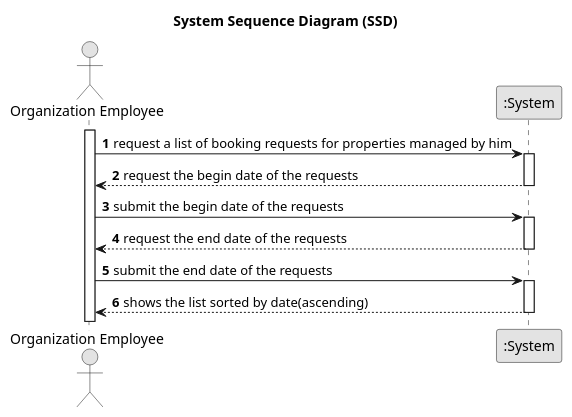
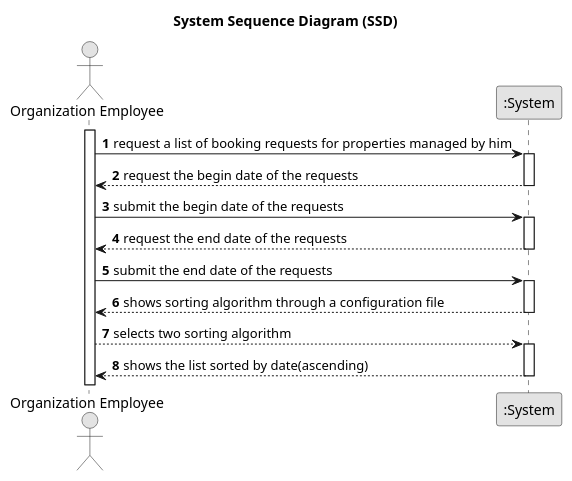
Before and after one commit to Rodrick0209/ISEP-LAPR2-22-23: the diagram in docs/Sprint-D/US015/01.requirements-engineering/puml/us015-system-sequence-diagram.puml, drawn with PlantUML. The commit also changed 2 other files, not shown here.

```diff
--- a/docs/Sprint-D/US015/01.requirements-engineering/puml/us015-system-sequence-diagram.puml
+++ b/docs/Sprint-D/US015/01.requirements-engineering/puml/us015-system-sequence-diagram.puml
@@ -1,34 +1,40 @@
 @startuml
 skinparam monochrome true
 skinparam packageStyle rectangle
 skinparam shadowing false
 
 title System Sequence Diagram (SSD)
 autonumber
 
 actor "Organization Employee" as Employee
 participant ":System" as System
 
 activate Employee
 
     Employee -> System : request a list of booking requests for properties managed by him
     activate System
 
         System --> Employee : request the begin date of the requests
     deactivate System
 
     Employee -> System : submit the begin date of the requests
     activate System
 
         System --> Employee : request the end date of the requests
     deactivate System
 
     Employee -> System : submit the end date of the requests
     activate System
 
-        System --> Employee : shows the list sorted by date(ascending)
+    System --> Employee : shows sorting algorithm through a configuration file
+    deactivate System
+
+    Employee --> System : selects two sorting algorithm
+    activate System
+
+    System --> Employee : shows the list sorted by date(ascending)
     deactivate System
 
 
 
 @enduml
```
